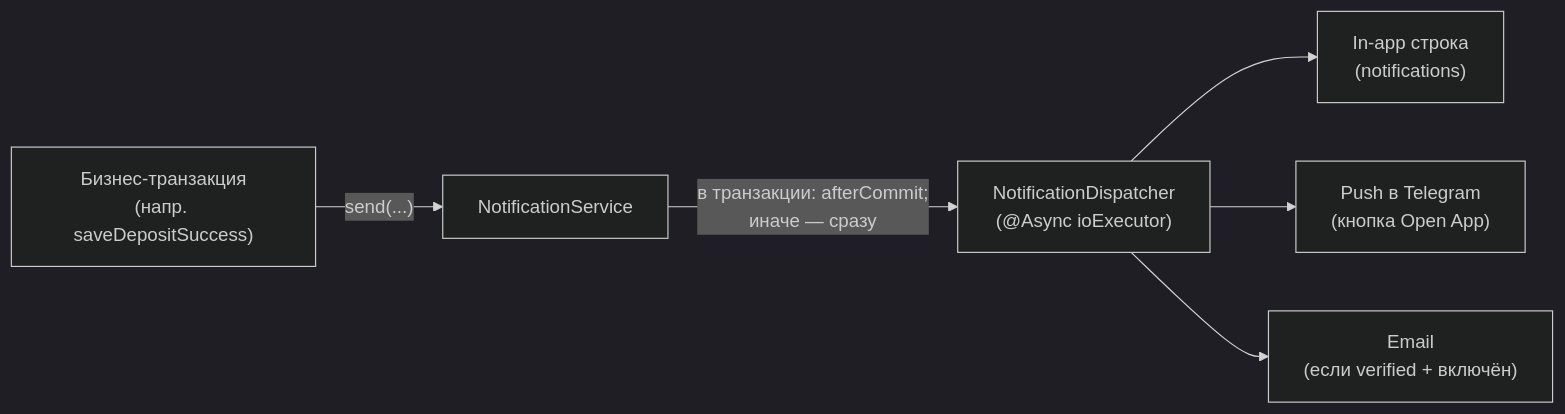
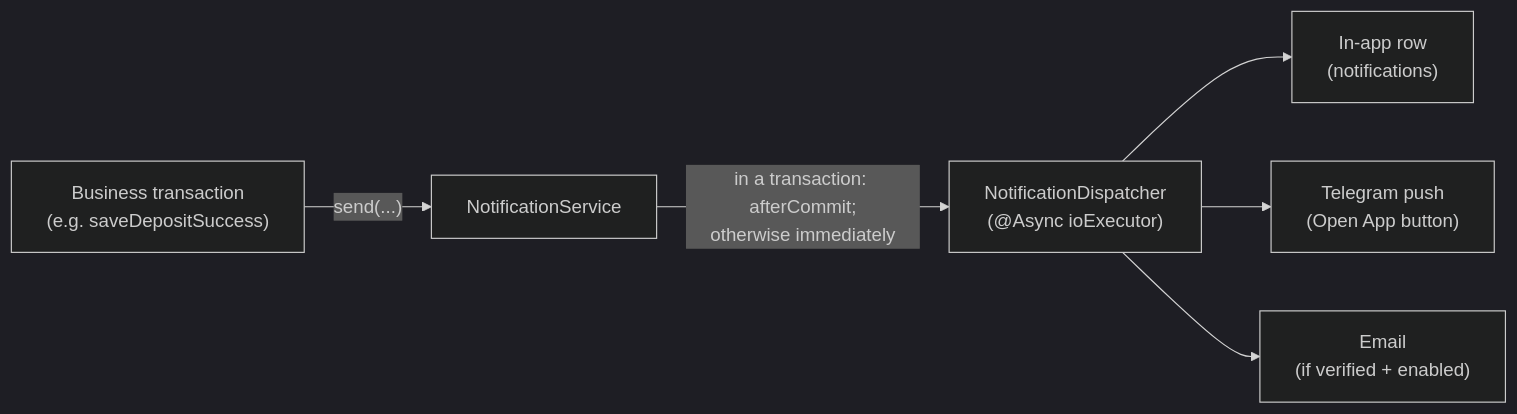
One commit to samveldarbinyann/wallet-bot changed the fifth of 5 diagrams in DOCUMENTATION.md. Above: the diagram before and after it, drawn with Mermaid (dark theme). The commit also changed other lines of this file and 4 other files, not shown here.

````diff
--- a/DOCUMENTATION.md
+++ b/DOCUMENTATION.md
@@ -688,8 +703,8 @@
 ```mermaid
 flowchart LR
-    BIZ["Бизнес-транзакция<br/>(напр. saveDepositSuccess)"] -->|"send(...)"| NS["NotificationService"]
-    NS -->|"в транзакции: afterCommit;<br/>иначе — сразу"| D["NotificationDispatcher<br/>(@Async ioExecutor)"]
-    D --> IA["In-app строка<br/>(notifications)"]
-    D --> P["Push в Telegram<br/>(кнопка Open App)"]
-    D --> E["Email<br/>(если verified + включён)"]
+    BIZ["Business transaction<br/>(e.g. saveDepositSuccess)"] -->|"send(...)"| NS["NotificationService"]
+    NS -->|"in a transaction: afterCommit;<br/>otherwise immediately"| D["NotificationDispatcher<br/>(@Async ioExecutor)"]
+    D --> IA["In-app row<br/>(notifications)"]
+    D --> P["Telegram push<br/>(Open App button)"]
+    D --> E["Email<br/>(if verified + enabled)"]
 ```
````
